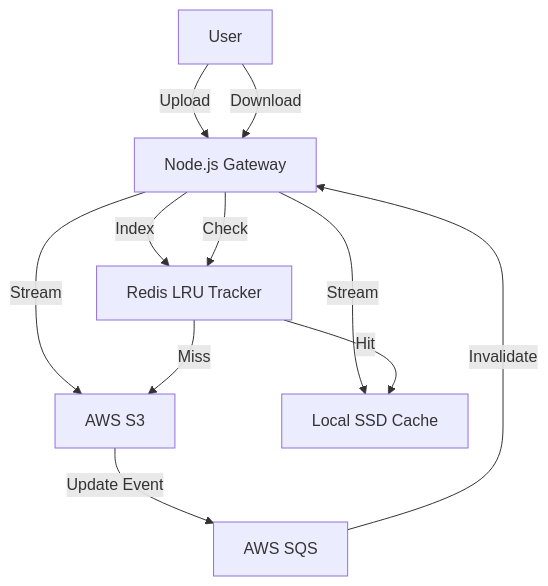
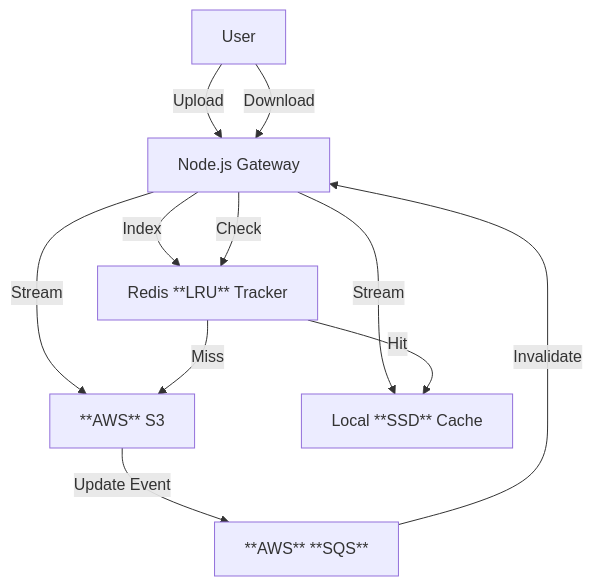
One commit to vinay020606/CloudVault changed the diagram in README.md. Above: the diagram before and after it, drawn with Mermaid. The commit also changed other lines of this file, not shown here.

````diff
--- a/README.md
+++ b/README.md
@@ -18,15 +13,15 @@
 ```mermaid
 graph TD;
-    User-->|Upload| API[Node.js Gateway];
-    API-->|Stream| S3[AWS S3];
-    API-->|Stream| Disk[Local SSD Cache];
-    API-->|Index| Redis[Redis LRU Tracker];
+    User-->|Upload| **API**[Node.js Gateway];
+    **API**-->|Stream| S3[**AWS** S3];
+    **API**-->|Stream| Disk[Local **SSD** Cache];
+    **API**-->|Index| Redis[Redis **LRU** Tracker];
     
-    User-->|Download| API;
-    API-->|Check| Redis;
+    User-->|Download| **API**;
+    **API**-->|Check| Redis;
     Redis-- Hit -->Disk;
     Redis-- Miss -->S3;
     
-    S3-->|Update Event| SQS[AWS SQS];
-    SQS-->|Invalidate| API;
+    S3-->|Update Event| **SQS**[**AWS** **SQS**];
+    **SQS**-->|Invalidate| **API**;
 ```
````
